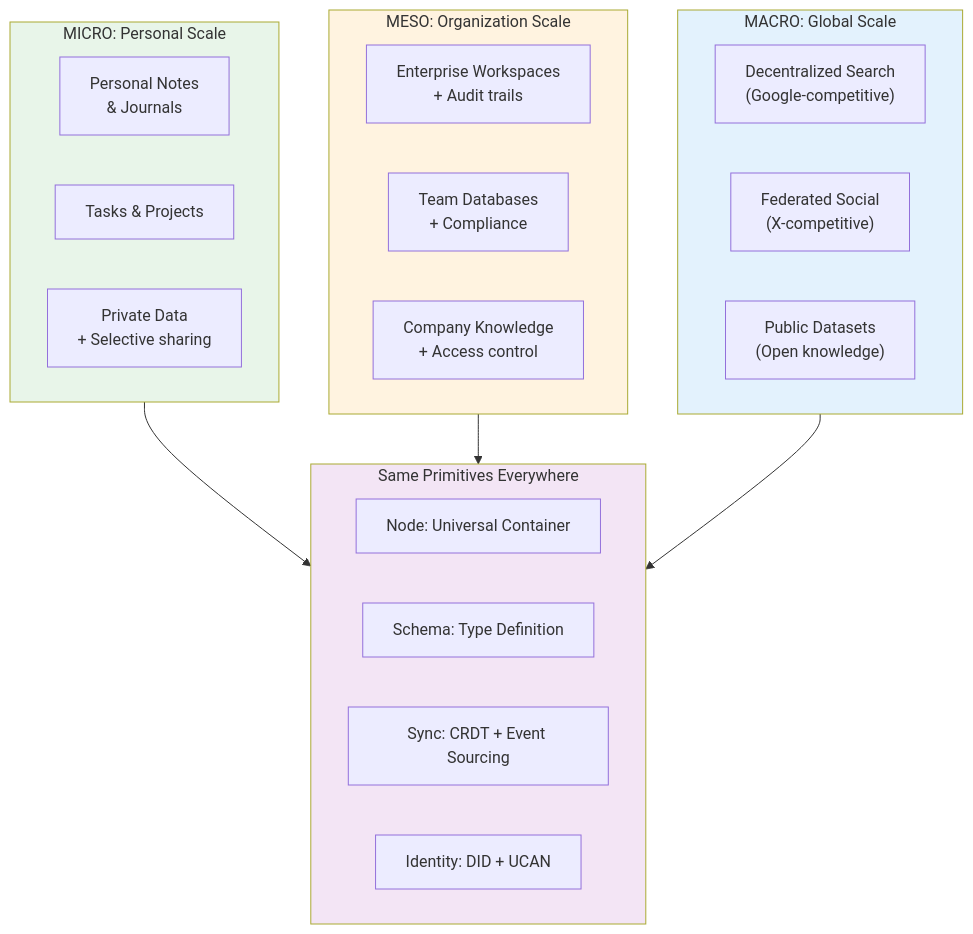
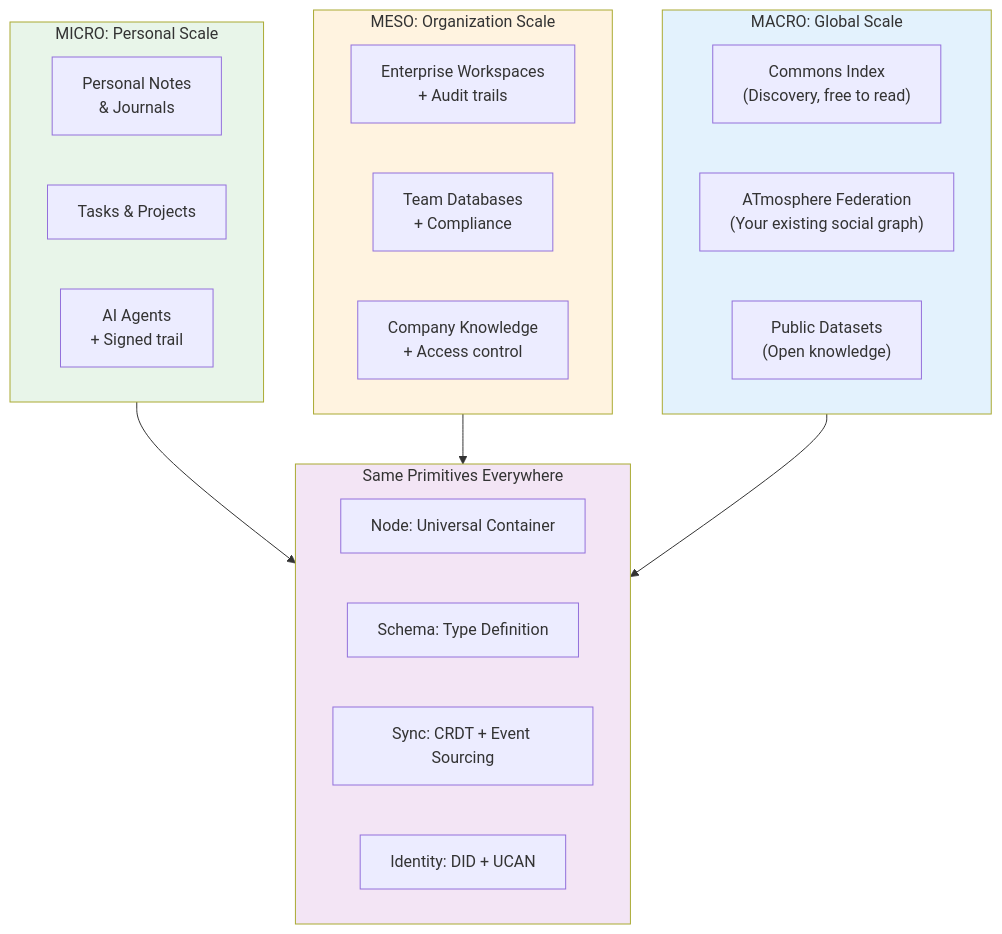
Before and after one commit to crs48/xNet: the first of 5 diagrams in docs/VISION.md, drawn with Mermaid. The commit also changed other lines of this file, not shown here.

First line of the commit message:
docs: refresh VISION.md to v2.0 — AI under glass, ATmosphere, commons Index, essay weave

````diff
--- a/docs/VISION.md
+++ b/docs/VISION.md
@@ -48,39 +59,39 @@
 ```mermaid
 graph TB
     subgraph MACRO["MACRO: Global Scale"]
         direction LR
-        SEARCH["Decentralized Search<br/>(Google-competitive)"]
-        SOCIAL["Federated Social<br/>(X-competitive)"]
+        INDEX["Commons Index<br/>(Discovery, free to read)"]
+        SOCIAL["ATmosphere Federation<br/>(Your existing social graph)"]
         DATASETS["Public Datasets<br/>(Open knowledge)"]
     end
 
     subgraph MESO["MESO: Organization Scale"]
         direction LR
         ENTERPRISE["Enterprise Workspaces<br/>+ Audit trails"]
         TEAMS["Team Databases<br/>+ Compliance"]
         KNOWLEDGE["Company Knowledge<br/>+ Access control"]
     end
 
     subgraph MICRO["MICRO: Personal Scale"]
         direction LR
         NOTES["Personal Notes<br/>& Journals"]
         TASKS["Tasks & Projects"]
-        PRIVATE["Private Data<br/>+ Selective sharing"]
+        AGENTS["AI Agents<br/>+ Signed trail"]
     end
 
     subgraph PRIMITIVES["Same Primitives Everywhere"]
         NODE["Node: Universal Container"]
         SCHEMA["Schema: Type Definition"]
         SYNC["Sync: CRDT + Event Sourcing"]
         IDENTITY["Identity: DID + UCAN"]
     end
 
     MICRO --> PRIMITIVES
     MESO --> PRIMITIVES
     MACRO --> PRIMITIVES
 
     style MACRO fill:#e3f2fd
     style MESO fill:#fff3e0
     style MICRO fill:#e8f5e9
     style PRIMITIVES fill:#f3e5f5
 ```
````
